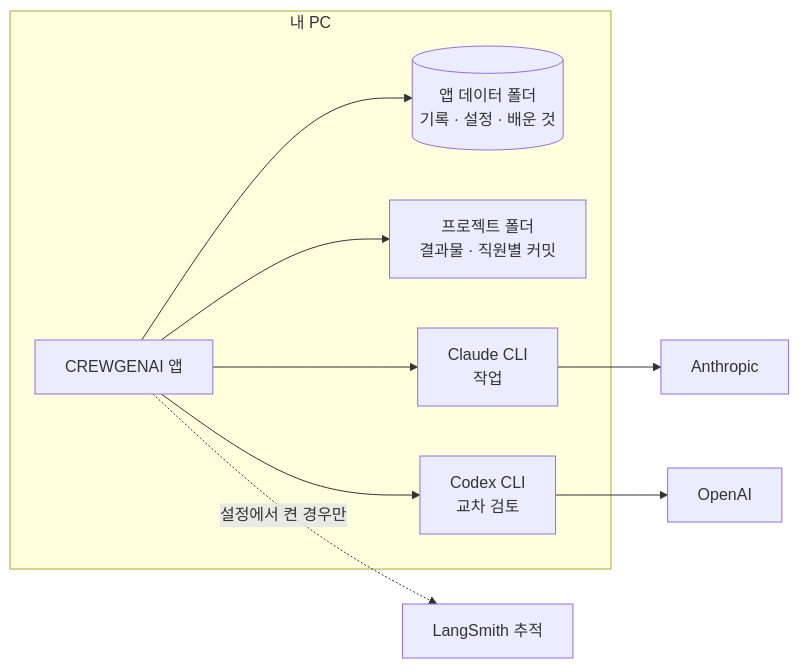
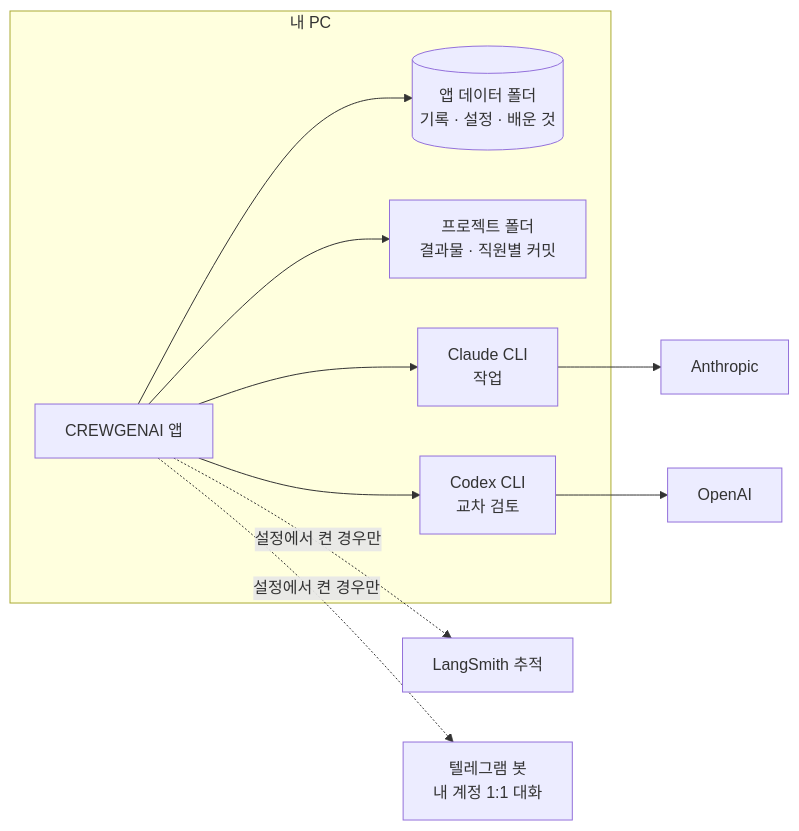
Before and after one commit to heum/crewgenai-agent-workspace: the second of 2 diagrams in README.md, drawn with Mermaid. The commit also changed other lines of this file and 4 other files, not shown here.

````diff
--- a/README.md
+++ b/README.md
@@ -55,12 +57,13 @@
 ```mermaid
 flowchart LR
   subgraph PC["내 PC"]
     App["CREWGENAI 앱"] --> DB[("앱 데이터 폴더<br/>기록 · 설정 · 배운 것")]
     App --> Proj["프로젝트 폴더<br/>결과물 · 직원별 커밋"]
     App --> CC["Claude CLI<br/>작업"]
     App --> CX["Codex CLI<br/>교차 검토"]
   end
   CC --> AN["Anthropic"]
   CX --> OA["OpenAI"]
   App -. "설정에서 켠 경우만" .-> LS["LangSmith 추적"]
+  App -. "설정에서 켠 경우만" .-> TG["텔레그램 봇<br/>내 계정 1:1 대화"]
 ```
````
